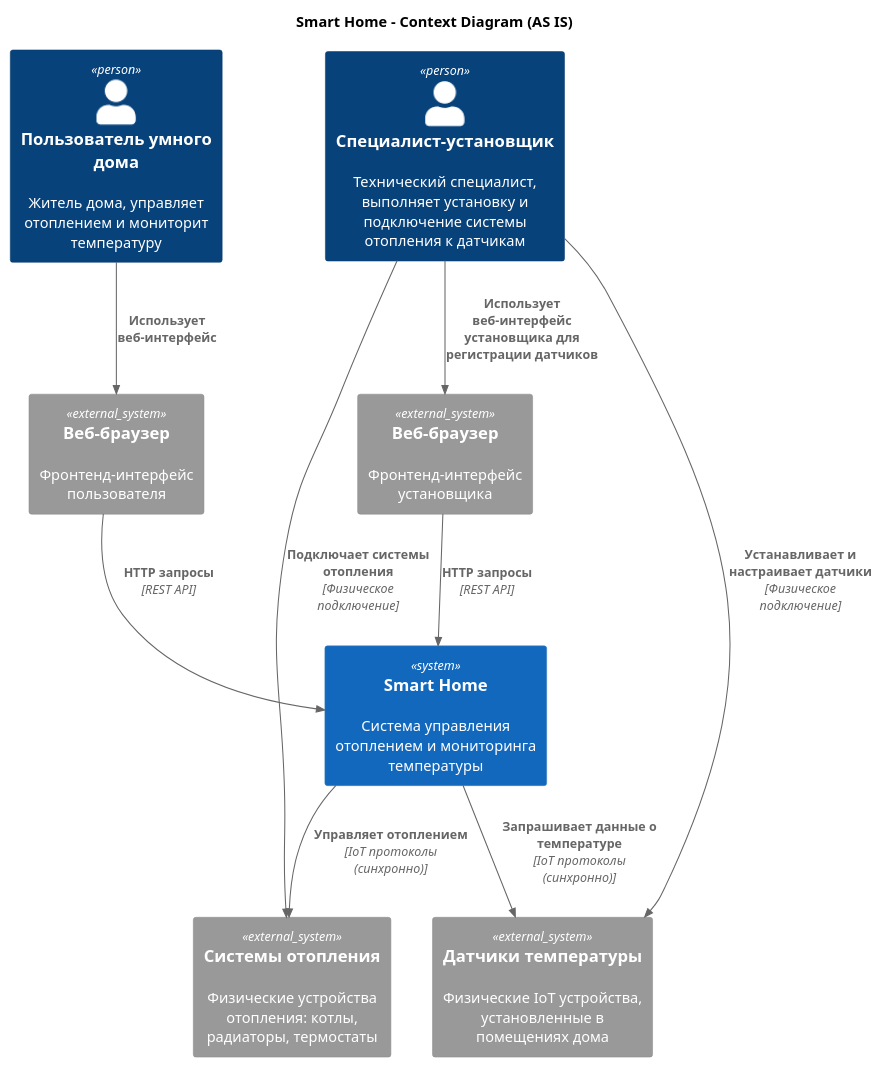
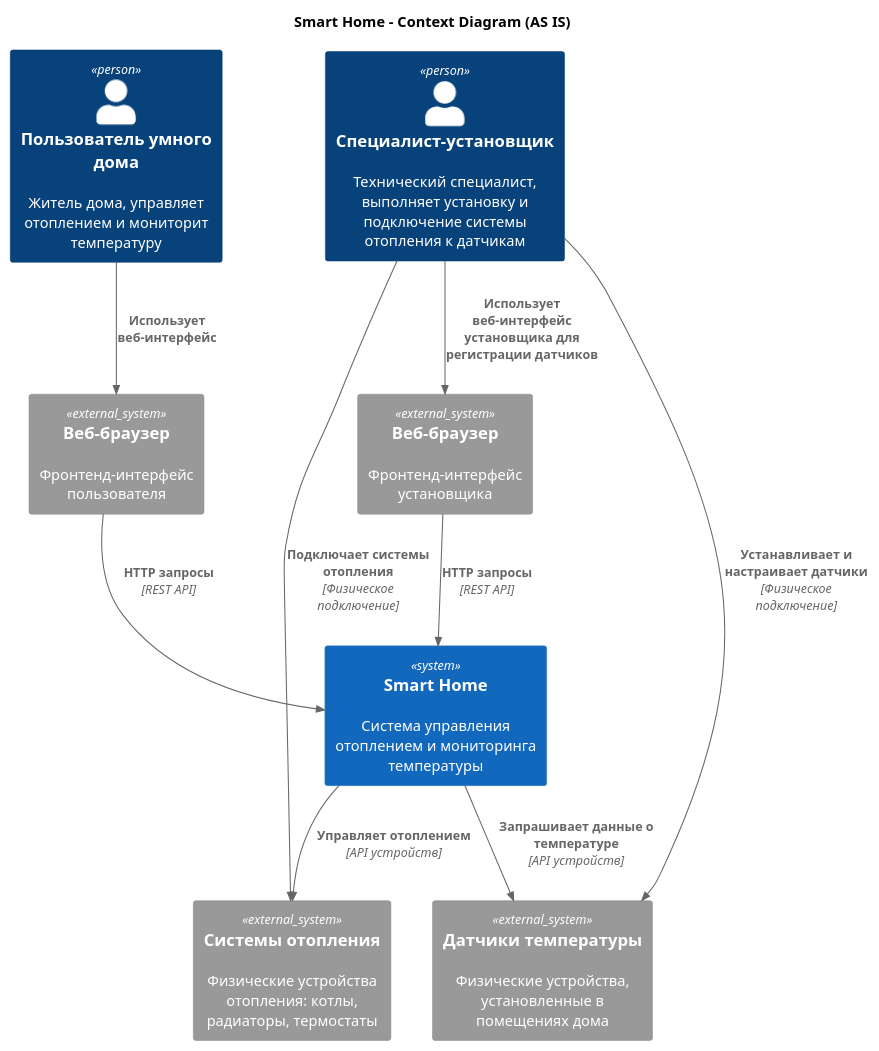
Before and after one commit to nurbek-sozoev/architecture-warmhouse: the diagram in apps/diagrams/context-diagram-as-is.puml, drawn with PlantUML.

Commit message:
Updated as is diagram

```diff
--- a/apps/diagrams/context-diagram-as-is.puml
+++ b/apps/diagrams/context-diagram-as-is.puml
@@ -1,31 +1,31 @@
 @startuml
 !include https://raw.githubusercontent.com/plantuml-stdlib/C4-PlantUML/master/C4_Context.puml
 
 title Smart Home - Context Diagram (AS IS)
 
 Person(homeowner, "Пользователь умного дома", "Житель дома, управляет отоплением и мониторит температуру")
 Person(installer, "Специалист-установщик", "Технический специалист, выполняет установку и подключение системы отопления к датчикам")
 
 System(smartHomeMonolith, "Smart Home", "Система управления отоплением и мониторинга температуры")
 
-System_Ext(temperatureSensors, "Датчики температуры", "Физические IoT устройства, установленные в помещениях дома")
+System_Ext(temperatureSensors, "Датчики температуры", "Физические устройства, установленные в помещениях дома")
 System_Ext(heatingDevices, "Системы отопления", "Физические устройства отопления: котлы, радиаторы, термостаты")
 System_Ext(webBrowser, "Веб-браузер", "Фронтенд-интерфейс пользователя")
 System_Ext(installerWebBrowser, "Веб-браузер", "Фронтенд-интерфейс установщика")
 
 ' Взаимодействие пользователя
 Rel(homeowner, webBrowser, "Использует веб-интерфейс")
 Rel(webBrowser, smartHomeMonolith, "HTTP запросы", "REST API")
 
 Rel(installer, installerWebBrowser, "Использует веб-интерфейс установщика для регистрации датчиков")
 Rel(installerWebBrowser, smartHomeMonolith, "HTTP запросы", "REST API")
 
 ' Взаимодействие установщика
 Rel(installer, temperatureSensors, "Устанавливает и настраивает датчики", "Физическое подключение")
 Rel(installer, heatingDevices, "Подключает системы отопления", "Физическое подключение")
 
 ' Взаимодействие системы с устройствами
-Rel(smartHomeMonolith, temperatureSensors, "Запрашивает данные о температуре", "IoT протоколы (синхронно)")
-Rel(smartHomeMonolith, heatingDevices, "Управляет отоплением", "IoT протоколы (синхронно)")
+Rel(smartHomeMonolith, temperatureSensors, "Запрашивает данные о температуре", "API устройств")
+Rel(smartHomeMonolith, heatingDevices, "Управляет отоплением", "API устройств")
 
-@enduml 
+@enduml
```
